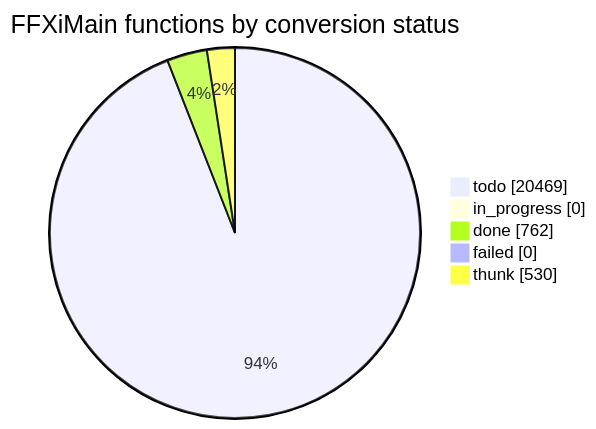
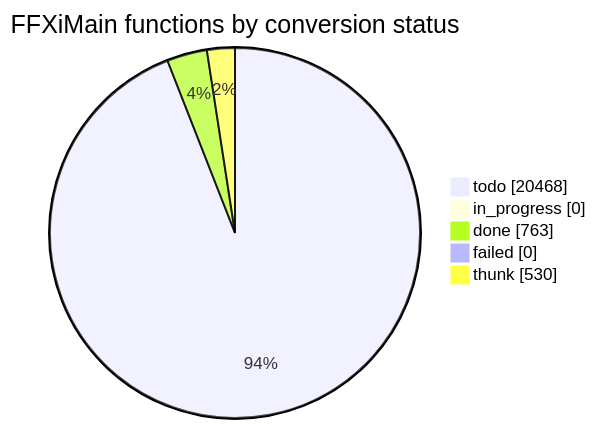
The diagram in docs/cow/STATUS.md (cowrevenge/cow_kuluu_xi_anything), drawn with Mermaid before and after one commit. The commit also changed other lines of this file and 9 other files, not shown here.

````diff
--- a/docs/cow/STATUS.md
+++ b/docs/cow/STATUS.md
@@ -18,9 +18,9 @@
 ```mermaid
 pie showData
     title FFXiMain functions by conversion status
-    "todo" : 20469
+    "todo" : 20468
     "in_progress" : 0
-    "done" : 762
+    "done" : 763
     "failed" : 0
     "thunk" : 530
 ```
````
